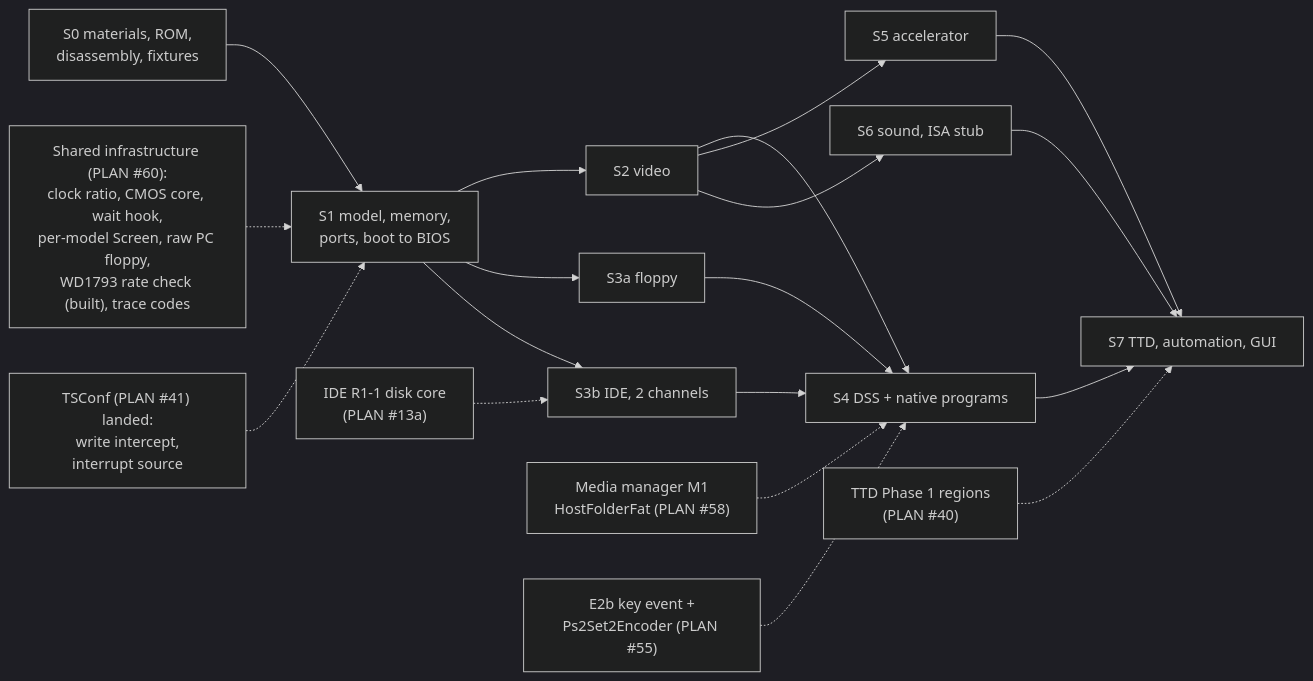
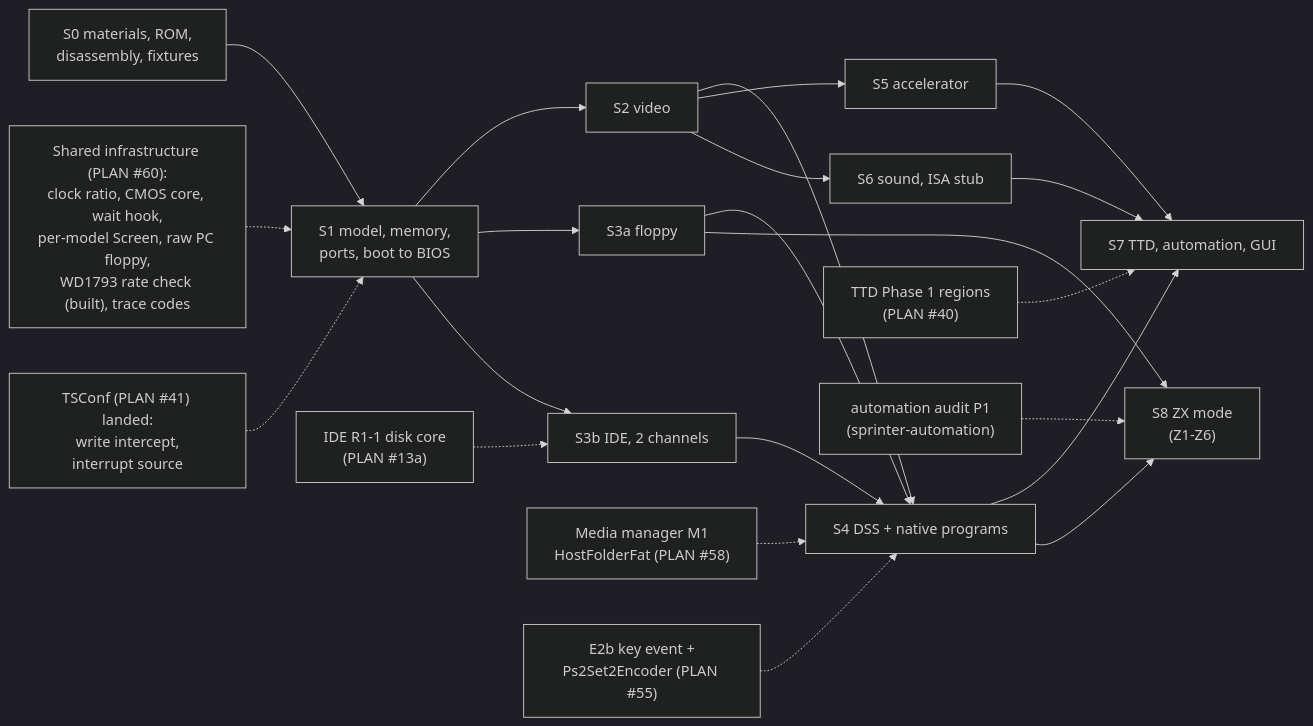
Before and after one commit to alfishe/unreal-ng: the diagram in docs/inprogress/2026-09-28-sprinter/roadmap-and-plan.md, drawn with Mermaid (dark theme). The commit also changed other lines of this file and 30 other files, not shown here.

First line of the commit message:
docs(sprinter): ZX-mode research and design (phase S8), checked on MAME

````diff
--- a/docs/inprogress/2026-09-28-sprinter/roadmap-and-plan.md
+++ b/docs/inprogress/2026-09-28-sprinter/roadmap-and-plan.md
@@ -12,21 +12,24 @@
 ```mermaid
 flowchart LR
     S0["S0 materials, ROM,<br/>disassembly, fixtures"] --> S1["S1 model, memory,<br/>ports, boot to BIOS"]
     SH["Shared infrastructure (PLAN #60):<br/>clock ratio, CMOS core, wait hook,<br/>per-model Screen, raw PC floppy,<br/>WD1793 rate check (built), trace codes"] -.-> S1
     TS["TSConf (PLAN #41) landed:<br/>write intercept,<br/>interrupt source"] -.-> S1
     S1 --> S2["S2 video"]
     S1 --> S3a["S3a floppy"]
     S2 --> S4["S4 DSS + native programs"]
     S3a --> S4
     IDE1["IDE R1-1 disk core<br/>(PLAN #13a)"] -.-> S3b["S3b IDE, 2 channels"]
     S1 --> S3b
     S3b --> S4
     MM1["Media manager M1<br/>HostFolderFat (PLAN #58)"] -.-> S4
     E2B["E2b key event +<br/>Ps2Set2Encoder (PLAN #55)"] -.-> S4
     S2 --> S5["S5 accelerator"]
     S2 --> S6["S6 sound, ISA stub"]
     S4 --> S7["S7 TTD, automation, GUI"]
     S5 --> S7
     S6 --> S7
     V1["TTD Phase 1 regions<br/>(PLAN #40)"] -.-> S7
+    S4 --> S8["S8 ZX mode<br/>(Z1-Z6)"]
+    S3a --> S8
+    AU["automation audit P1<br/>(sprinter-automation)"] -.-> S8
 ```
````
